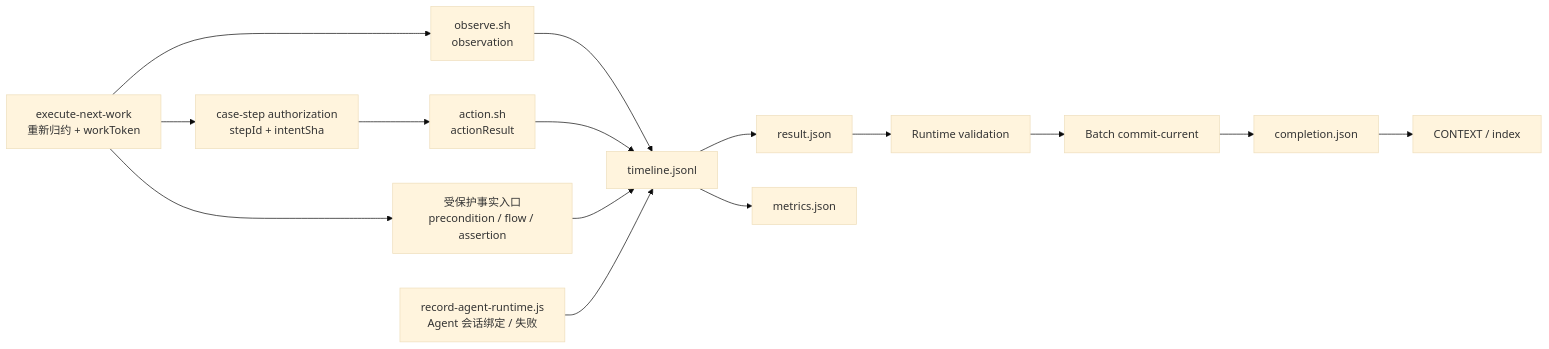
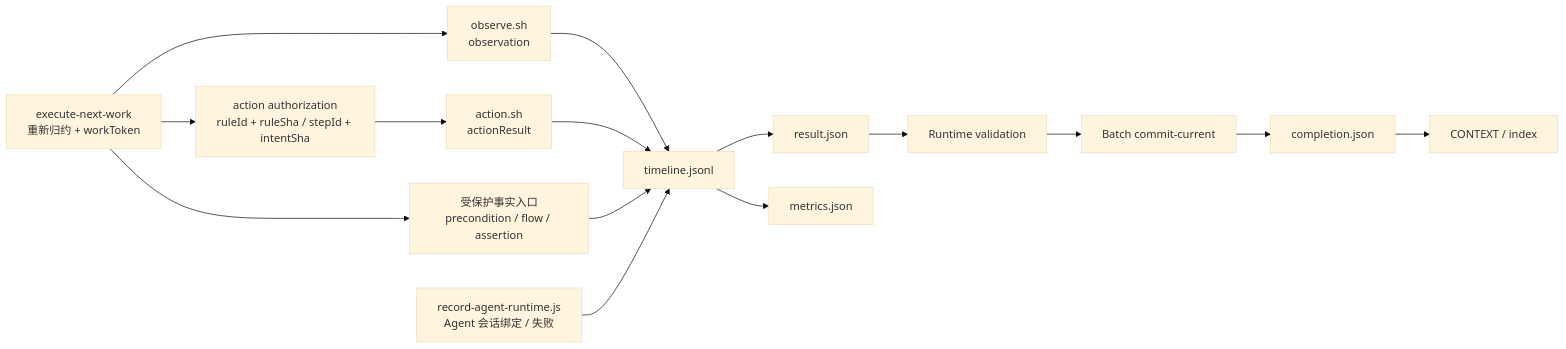
One commit to lianghuihui-plus/DevKit changed the fifth of 5 diagrams in skills/mobile-ai-visual-test/docs/architecture.md. Above: the diagram before and after it, drawn with Mermaid (base theme). The commit also changed other lines of this file and 39 other files, not shown here.

````diff
--- a/skills/mobile-ai-visual-test/docs/architecture.md
+++ b/skills/mobile-ai-visual-test/docs/architecture.md
@@ -102,17 +102,17 @@
 ```mermaid
 flowchart LR
   CE["execute-next-work<br/>重新归约 + workToken"] --> OBS["observe.sh<br/>observation"]
-  CE --> AUTH["case-step authorization<br/>stepId + intentSha"]
+  CE --> AUTH["action authorization<br/>ruleId + ruleSha / stepId + intentSha"]
   AUTH --> ACT["action.sh<br/>actionResult"]
   CE --> AG["受保护事实入口<br/>precondition / flow / assertion"]
   OBS --> TL["timeline.jsonl"]
   ACT --> TL
   AG --> TL
   RT["record-agent-runtime.js<br/>Agent 会话绑定 / 失败"] --> TL
   TL --> RES["result.json"]
   TL --> MET["metrics.json"]
   RES --> VAL["Runtime validation"]
   VAL --> BAT["Batch commit-current"]
   BAT --> CMP["completion.json"]
   CMP --> REP["CONTEXT / index"]
 ```
````
